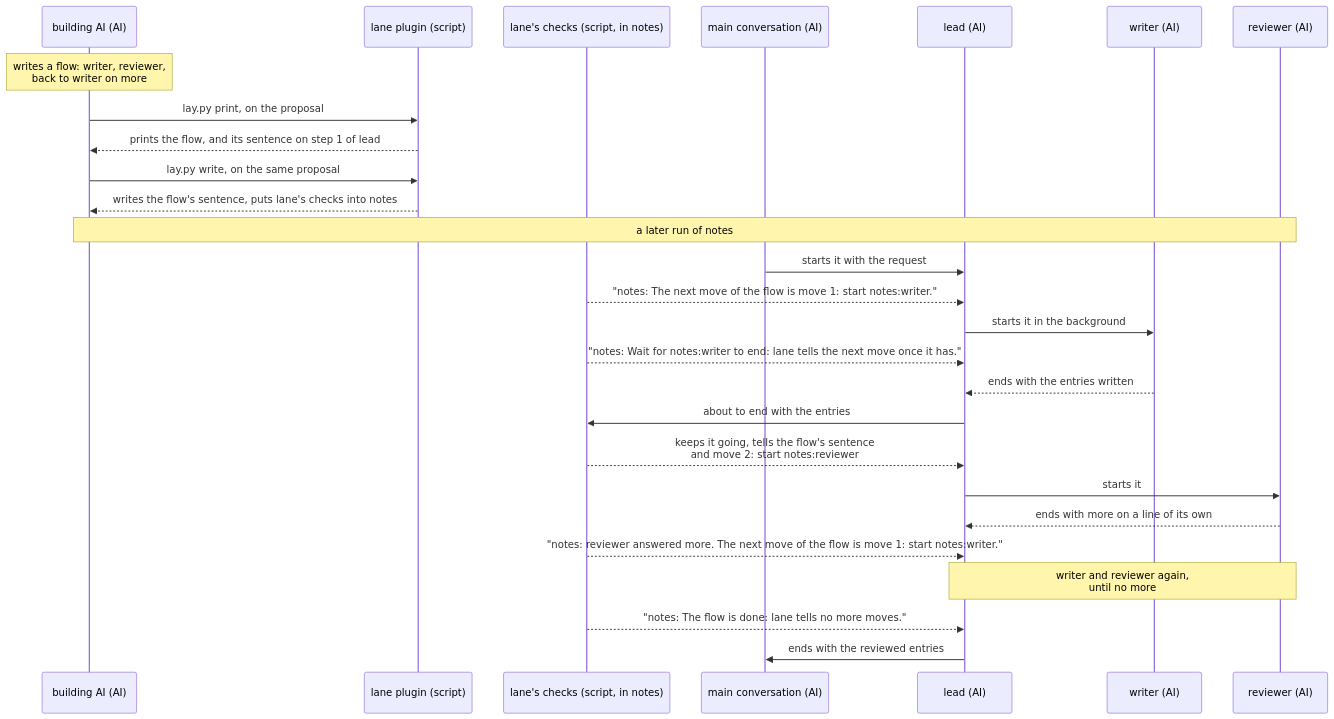
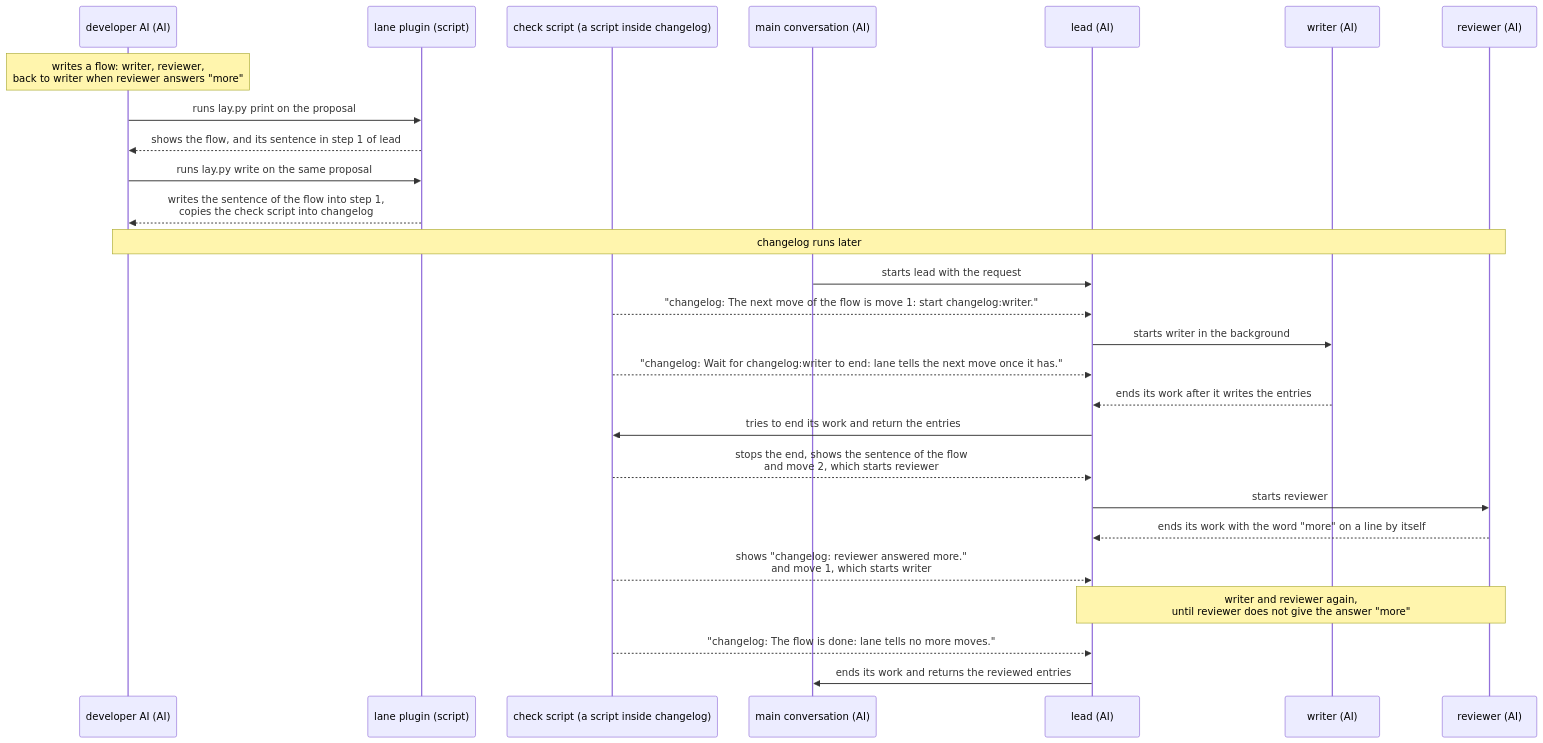
The second of 2 diagrams in dev/lane/ux.md (lovaizu/ccpm), drawn with Mermaid before and after one commit. The commit also changed other lines of this file, not shown here.

First line of the commit message:
Rewrite lane's UX so that a machine translation keeps its meaning

````diff
--- a/dev/lane/ux.md
+++ b/dev/lane/ux.md
@@ -149,29 +162,29 @@
 ```mermaid
 sequenceDiagram
-  participant A as building AI (AI)
+  participant A as developer AI (AI)
   participant L as lane plugin (script)
-  participant K as lane's checks (script, in notes)
+  participant K as check script (a script inside changelog)
   participant M as main conversation (AI)
   participant O as lead (AI)
   participant W as writer (AI)
   participant R as reviewer (AI)
-  Note over A: writes a flow: writer, reviewer,<br>back to writer on more
-  A->>L: lay.py print, on the proposal
-  L-->>A: prints the flow, and its sentence on step 1 of lead
-  A->>L: lay.py write, on the same proposal
-  L-->>A: writes the flow's sentence, puts lane's checks into notes
-  Note over A,R: a later run of notes
-  M->>O: starts it with the request
-  K-->>O: "notes: The next move of the flow is move 1: start notes:writer."
-  O->>W: starts it in the background
-  K-->>O: "notes: Wait for notes:writer to end: lane tells the next move once it has."
-  W-->>O: ends with the entries written
-  O->>K: about to end with the entries
-  K-->>O: keeps it going, tells the flow's sentence<br>and move 2: start notes:reviewer
-  O->>R: starts it
-  R-->>O: ends with more on a line of its own
-  K-->>O: "notes: reviewer answered more. The next move of the flow is move 1: start notes:writer."
-  Note over O,R: writer and reviewer again,<br>until no more
-  K-->>O: "notes: The flow is done: lane tells no more moves."
-  O->>M: ends with the reviewed entries
+  Note over A: writes a flow: writer, reviewer,<br>back to writer when reviewer answers "more"
+  A->>L: runs lay.py print on the proposal
+  L-->>A: shows the flow, and its sentence in step 1 of lead
+  A->>L: runs lay.py write on the same proposal
+  L-->>A: writes the sentence of the flow into step 1,<br>copies the check script into changelog
+  Note over A,R: changelog runs later
+  M->>O: starts lead with the request
+  K-->>O: "changelog: The next move of the flow is move 1: start changelog:writer."
+  O->>W: starts writer in the background
+  K-->>O: "changelog: Wait for changelog:writer to end: lane tells the next move once it has."
+  W-->>O: ends its work after it writes the entries
+  O->>K: tries to end its work and return the entries
+  K-->>O: stops the end, shows the sentence of the flow<br>and move 2, which starts reviewer
+  O->>R: starts reviewer
+  R-->>O: ends its work with the word "more" on a line by itself
+  K-->>O: shows "changelog: reviewer answered more."<br>and move 1, which starts writer
+  Note over O,R: writer and reviewer again,<br>until reviewer does not give the answer "more"
+  K-->>O: "changelog: The flow is done: lane tells no more moves."
+  O->>M: ends its work and returns the reviewed entries
 ```
````
